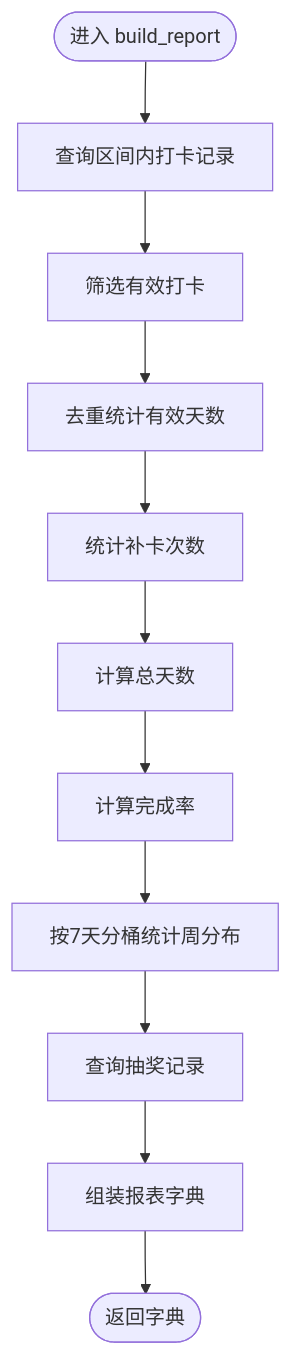
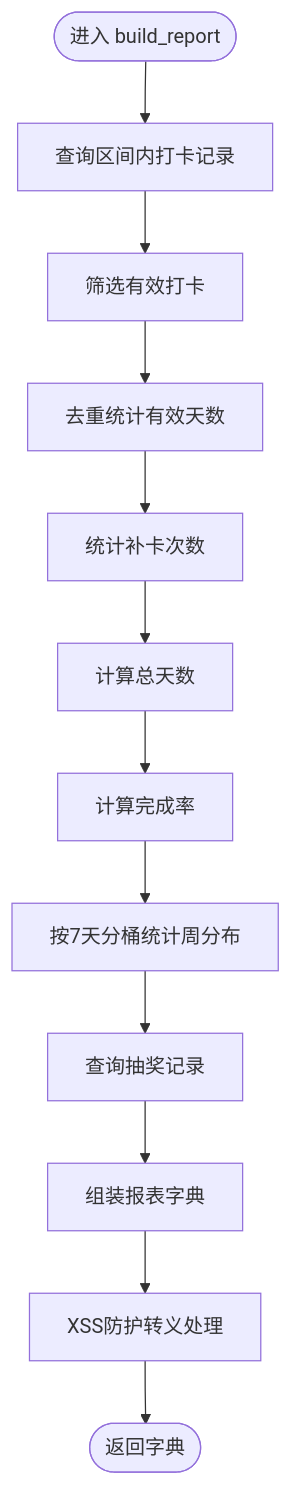
The third of 6 diagrams in .qoder/repowiki/zh/content/暑假作业打卡系统/后端服务架构/服务层架构/报表服务.md (onebody/homework), drawn with Mermaid before and after one commit. The commit also changed other lines of this file and 28 other files, not shown here.

````diff
--- a/.qoder/repowiki/zh/content/暑假作业打卡系统/后端服务架构/服务层架构/报表服务.md
+++ b/.qoder/repowiki/zh/content/暑假作业打卡系统/后端服务架构/服务层架构/报表服务.md
@@ -164,13 +181,14 @@
 ```mermaid
 flowchart TD
 Start(["进入 build_report"]) --> QueryCheckins["查询区间内打卡记录"]
 QueryCheckins --> FilterEffective["筛选有效打卡"]
 FilterEffective --> CountDays["去重统计有效天数"]
 CountDays --> CalcMakeup["统计补卡次数"]
 CalcMakeup --> CalcTotal["计算总天数"]
 CalcTotal --> CalcRate["计算完成率"]
 CalcRate --> WeeklyBuckets["按7天分桶统计周分布"]
 WeeklyBuckets --> QueryLottery["查询抽奖记录"]
 QueryLottery --> BuildDict["组装报表字典"]
-BuildDict --> End(["返回字典"])
+BuildDict --> XSSFilter["XSS防护转义处理"]
+XSSFilter --> End(["返回字典"])
 ```
````
